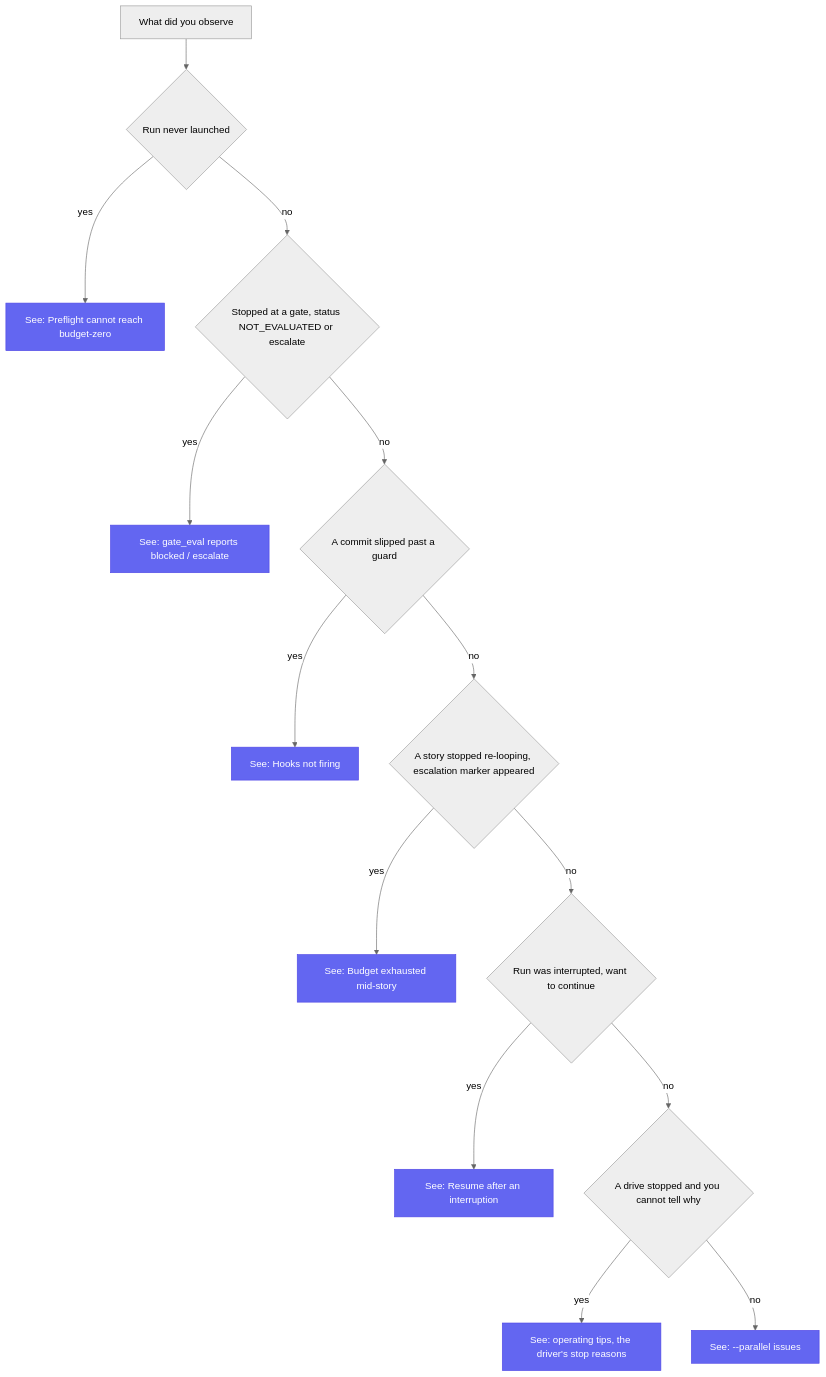
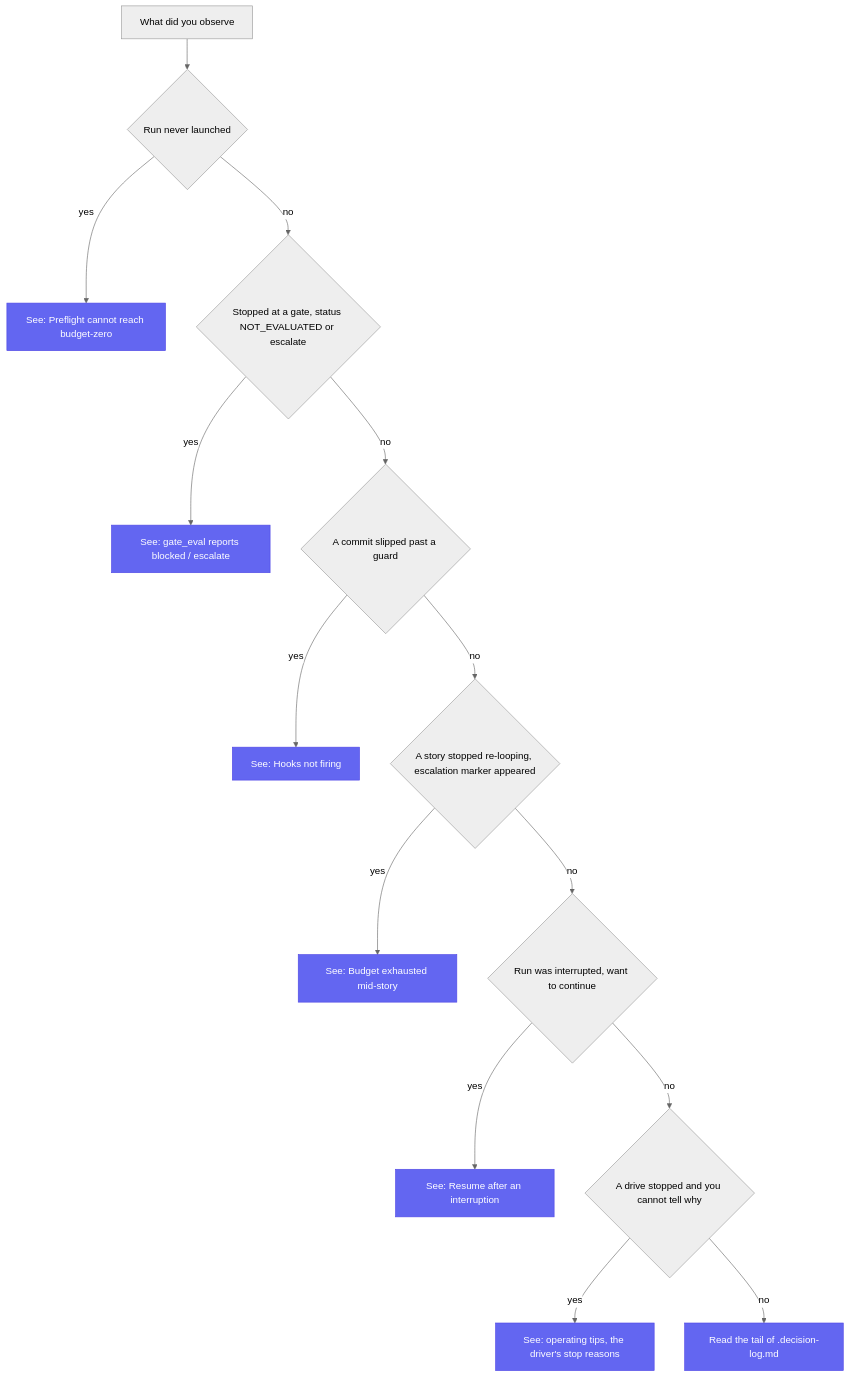
The diagram in docs/troubleshooting.md (armelhbobdad/bmad-module-ultracode-goal), drawn with Mermaid (neutral theme) before and after one commit. The commit also changed other lines of this file and 25 other files, not shown here.

````diff
--- a/docs/troubleshooting.md
+++ b/docs/troubleshooting.md
@@ -12,18 +12,18 @@
 ```mermaid
 flowchart TD
     S["What did you observe"] --> P{"Run never launched"}
     P -->|"yes"| PRE["See: Preflight cannot reach budget-zero"]
     P -->|"no"| G{"Stopped at a gate, status NOT_EVALUATED or escalate"}
     G -->|"yes"| GATE["See: gate_eval reports blocked / escalate"]
     G -->|"no"| H{"A commit slipped past a guard"}
     H -->|"yes"| HOOK["See: Hooks not firing"]
     H -->|"no"| B{"A story stopped re-looping, escalation marker appeared"}
     B -->|"yes"| BUD["See: Budget exhausted mid-story"]
     B -->|"no"| R{"Run was interrupted, want to continue"}
     R -->|"yes"| RES["See: Resume after an interruption"]
     R -->|"no"| D{"A drive stopped and you cannot tell why"}
     D -->|"yes"| OPS["See: operating tips, the driver's stop reasons"]
-    D -->|"no"| PAR["See: --parallel issues"]
+    D -->|"no"| LOG["Read the tail of .decision-log.md"]
     classDef accent fill:#6366F1,stroke:#4F46E5,color:#fff
-    class PRE,GATE,HOOK,BUD,RES,OPS,PAR accent
+    class PRE,GATE,HOOK,BUD,RES,OPS,LOG accent
 ```
````
